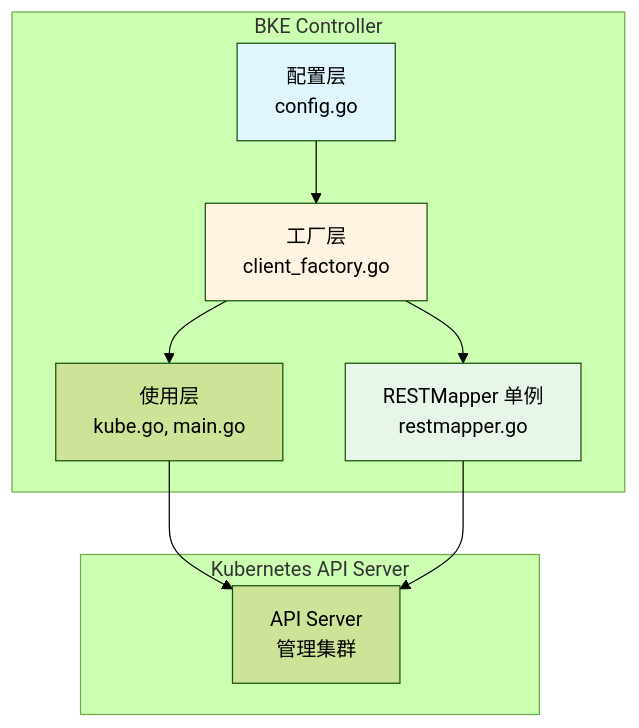
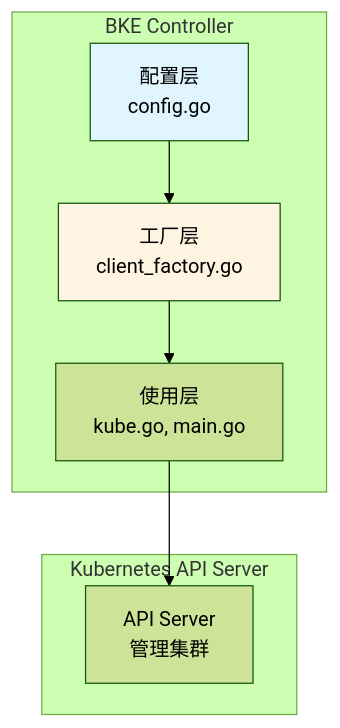
One commit to javadoors/cluster-api-provider-bke changed the first of 7 diagrams in code/performance/report/api-throttling-optimization.md. Above: the diagram before and after it, drawn with Mermaid (forest theme). The commit also changed other lines of this file, not shown here.

````diff
--- a/code/performance/report/api-throttling-optimization.md
+++ b/code/performance/report/api-throttling-optimization.md
@@ -442,19 +309,16 @@
 ```mermaid
 graph TB
     subgraph "BKE Controller"
         A[配置层<br/>config.go] --> B[工厂层<br/>client_factory.go]
         B --> C[使用层<br/>kube.go, main.go]
-        B --> D[RESTMapper 单例<br/>restmapper.go]
     end
     
     subgraph "Kubernetes API Server"
         E[API Server<br/>管理集群]
     end
     
     C --> E
-    D --> E
     
     style A fill:#e1f5ff
     style B fill:#fff4e1
-    style D fill:#e8f5e9
 ```
````
